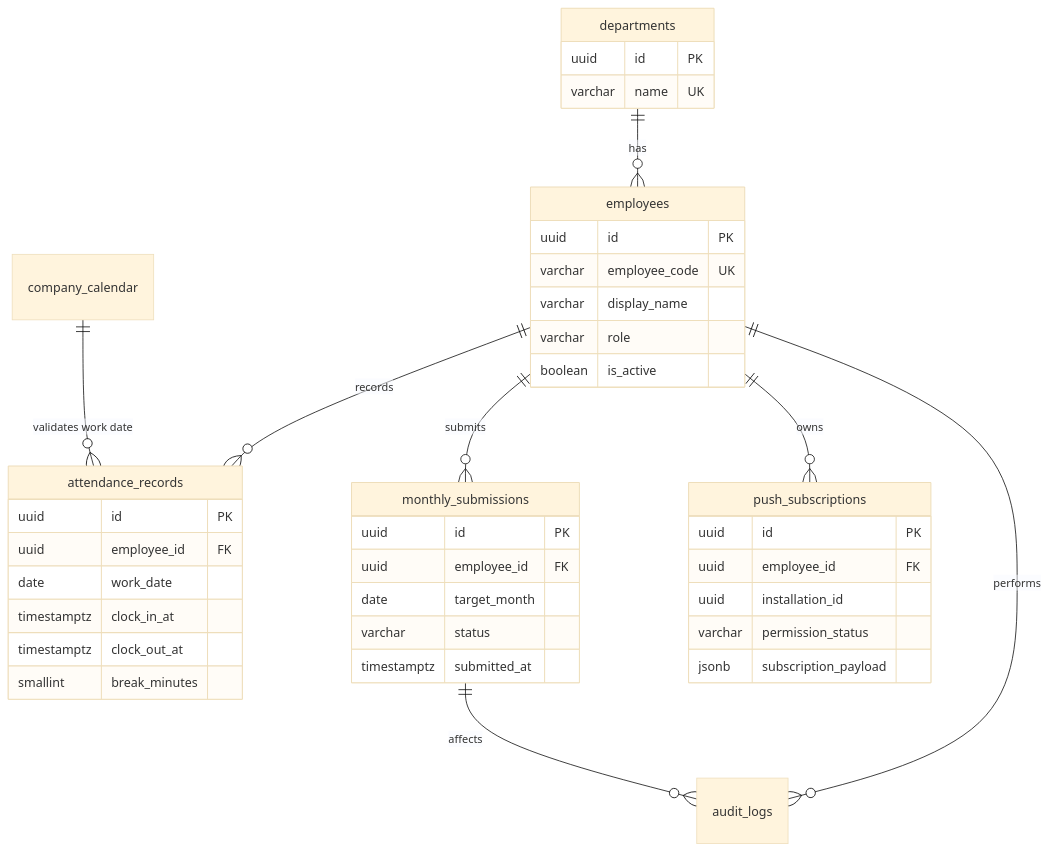
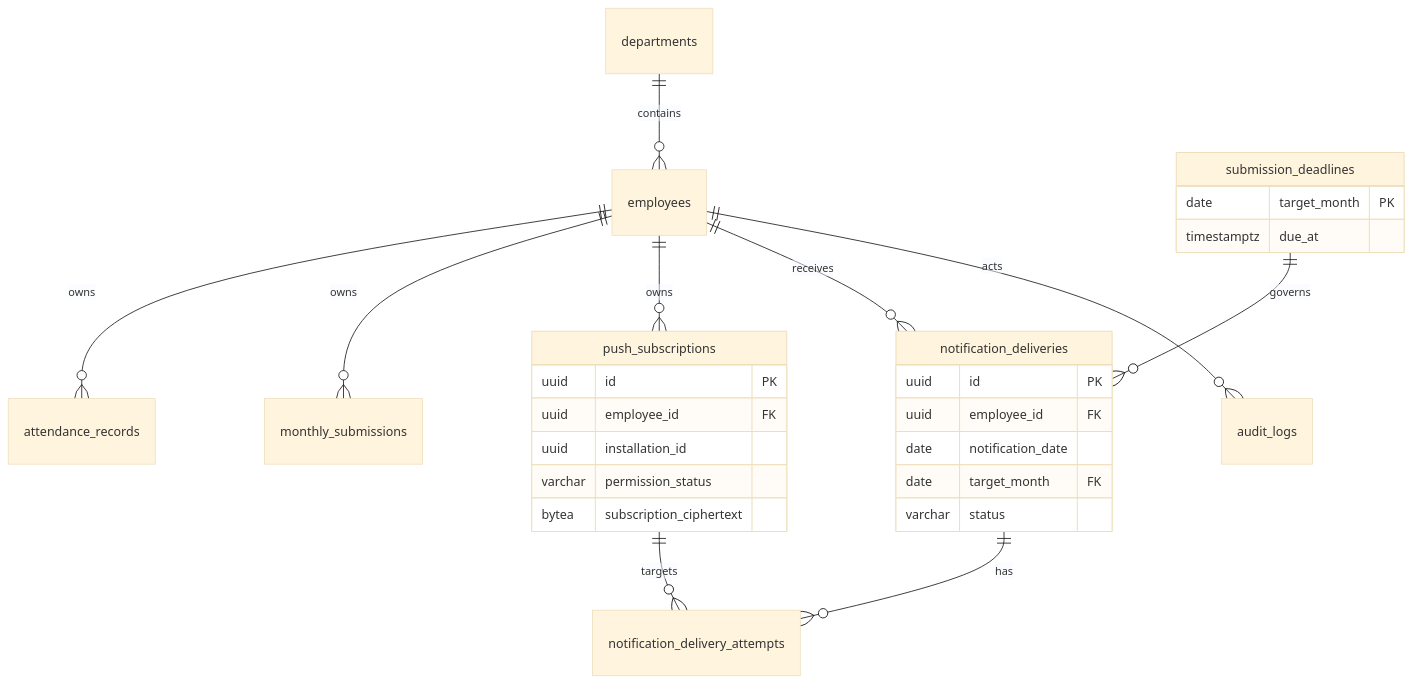
One commit to hrk-bb/Clokka changed the diagram in docs/04_database.md. Above: the diagram before and after it, drawn with Mermaid (base theme). The commit also changed other lines of this file and 8 other files, not shown here.

````diff
--- a/docs/04_database.md
+++ b/docs/04_database.md
@@ -21,39 +21,31 @@
 ```mermaid
 erDiagram
-  departments ||--o{ employees : has
-  employees ||--o{ attendance_records : records
-  employees ||--o{ monthly_submissions : submits
+  departments ||--o{ employees : contains
+  employees ||--o{ attendance_records : owns
+  employees ||--o{ monthly_submissions : owns
   employees ||--o{ push_subscriptions : owns
-  employees ||--o{ audit_logs : performs
-  monthly_submissions ||--o{ audit_logs : affects
-  company_calendar ||--o{ attendance_records : "validates work date"
+  employees ||--o{ notification_deliveries : receives
+  employees ||--o{ audit_logs : acts
+  submission_deadlines ||--o{ notification_deliveries : governs
+  notification_deliveries ||--o{ notification_delivery_attempts : has
+  push_subscriptions ||--o{ notification_delivery_attempts : targets
 
-  departments { uuid id PK
-    varchar name UK
+  submission_deadlines {
+    date target_month PK
+    timestamptz due_at
   }
-  employees { uuid id PK
-    varchar employee_code UK
-    varchar display_name
-    varchar role
-    boolean is_active
+  notification_deliveries {
+    uuid id PK
+    uuid employee_id FK
+    date notification_date
+    date target_month FK
+    varchar status
   }
-  attendance_records { uuid id PK
-    uuid employee_id FK
-    date work_date
-    timestamptz clock_in_at
-    timestamptz clock_out_at
-    smallint break_minutes
-  }
-  monthly_submissions { uuid id PK
-    uuid employee_id FK
-    date target_month
-    varchar status
-    timestamptz submitted_at
-  }
-  push_subscriptions { uuid id PK
+  push_subscriptions {
+    uuid id PK
     uuid employee_id FK
     uuid installation_id
     varchar permission_status
-    jsonb subscription_payload
+    bytea subscription_ciphertext
   }
 ```
````
